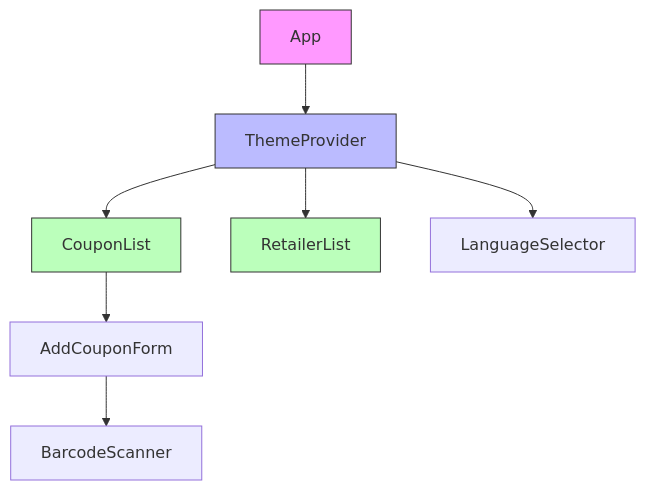
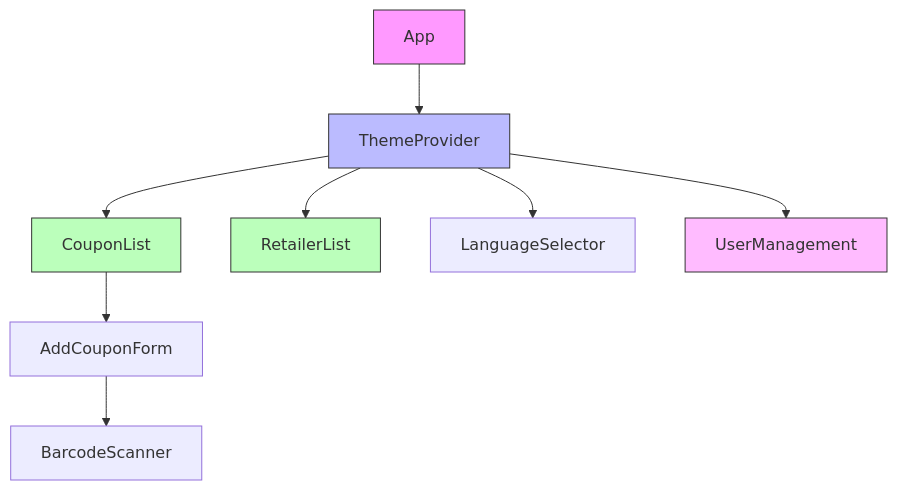
The first of 3 diagrams in docs/architecture.md (cazzoo/CouponManager), drawn with Mermaid before and after one commit. The commit also changed other lines of this file and 52 other files, not shown here.

````diff
--- a/docs/architecture.md
+++ b/docs/architecture.md
@@ -27,14 +31,16 @@
 ```mermaid
 graph TD
     A[App] --> B[ThemeProvider]
     B --> C[CouponList]
     B --> D[RetailerList]
     B --> E[LanguageSelector]
+    B --> U[UserManagement]
     C --> F[AddCouponForm]
     F --> G[BarcodeScanner]
     
     style A fill:#f9f,stroke:#333
     style B fill:#bbf,stroke:#333
     style C fill:#bfb,stroke:#333
     style D fill:#bfb,stroke:#333
+    style U fill:#fbf,stroke:#333
 ```
````
